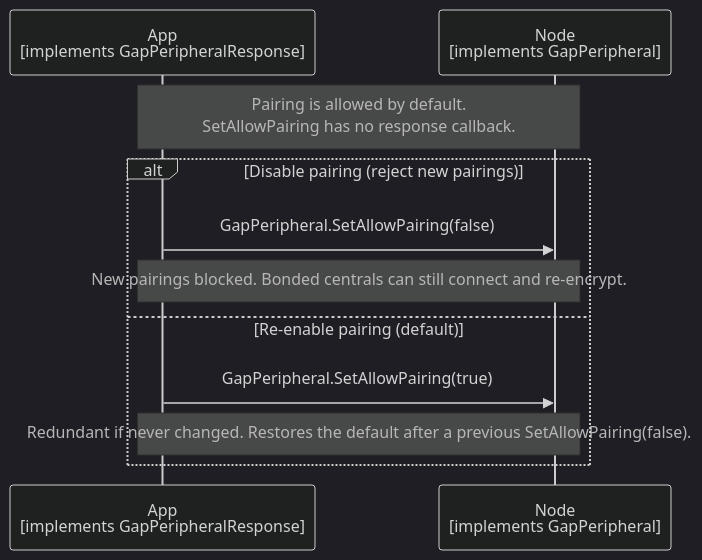
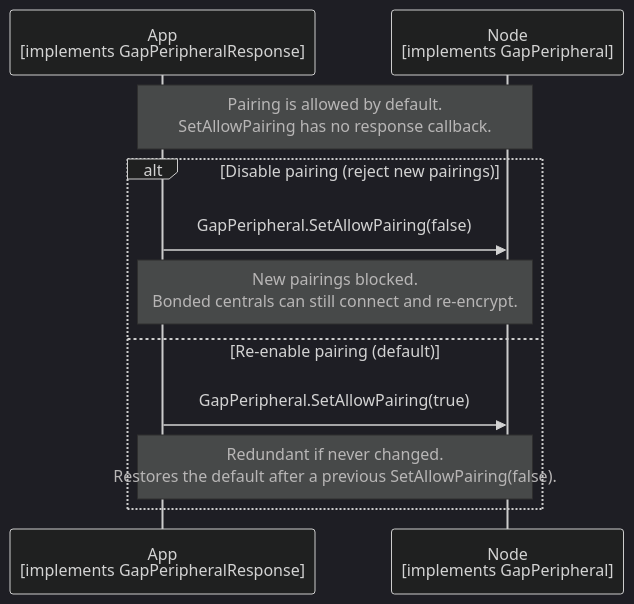
The diagram in documents/modules/ROOT/partials/echoservices/gap_peripheral/GapPeripheral_SetAllowPairing_sequence.mmd (philips-software/amp-embedded-infra-lib), drawn with Mermaid (dark theme) before and after one commit. The commit also changed 11 other files, not shown here.

```diff
--- a/documents/modules/ROOT/partials/echoservices/gap_peripheral/GapPeripheral_SetAllowPairing_sequence.mmd
+++ b/documents/modules/ROOT/partials/echoservices/gap_peripheral/GapPeripheral_SetAllowPairing_sequence.mmd
@@ -1,13 +1,13 @@
 sequenceDiagram
     participant App as App<br>[implements GapPeripheralResponse]
     participant Node as Node<br>[implements GapPeripheral]
 
     Note over App, Node: Pairing is allowed by default.<br>SetAllowPairing has no response callback.
 
     alt Disable pairing (reject new pairings)
         App->>Node: GapPeripheral.SetAllowPairing(false)
-        Note over App, Node: New pairings blocked. Bonded centrals can still connect and re-encrypt.
+        Note over App, Node: New pairings blocked.<br>Bonded centrals can still connect and re-encrypt.
     else Re-enable pairing (default)
         App->>Node: GapPeripheral.SetAllowPairing(true)
-        Note over App, Node: Redundant if never changed. Restores the default after a previous SetAllowPairing(false).
+        Note over App, Node: Redundant if never changed.<br>Restores the default after a previous SetAllowPairing(false).
     end
```
